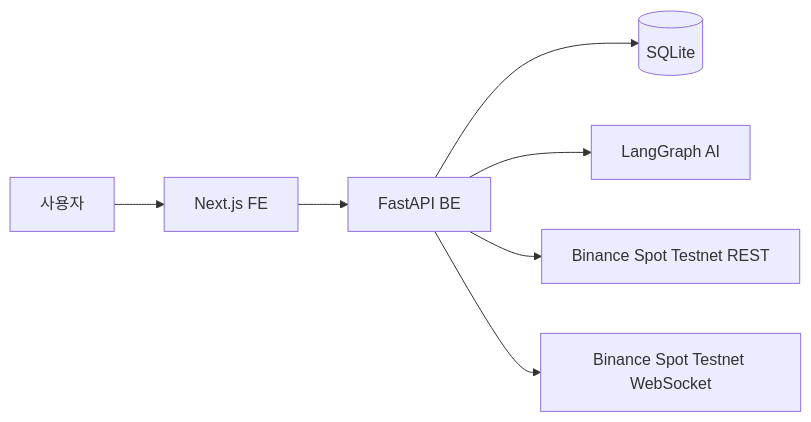
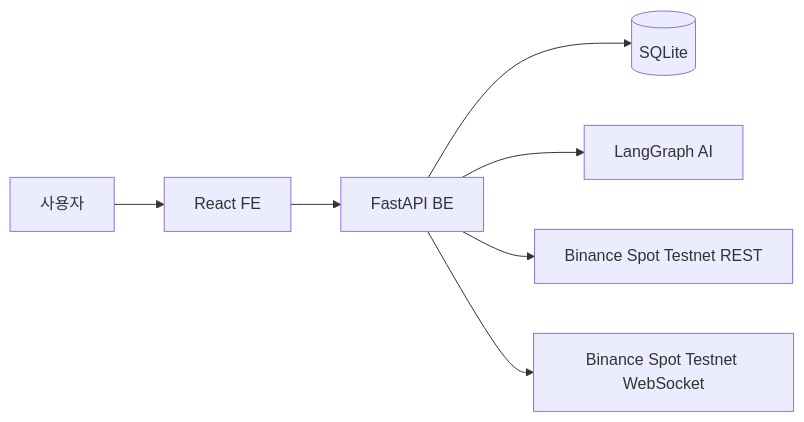
The first of 4 diagrams in ARCHITECTURE.md (UpstageAI/sw-maestro-project), drawn with Mermaid before and after one commit. The commit also changed other lines of this file and 3 other files, not shown here.

Commit message:
refactor: remove NextJS and add React

````diff
--- a/ARCHITECTURE.md
+++ b/ARCHITECTURE.md
@@ -38,9 +38,9 @@
 ```mermaid
 flowchart LR
-    USER[사용자] --> FE[Next.js FE]
+    USER[사용자] --> FE[React FE]
     FE --> BE[FastAPI BE]
     BE --> DB[(SQLite)]
     BE --> AI[LangGraph AI]
     BE --> REST[Binance Spot Testnet REST]
     BE --> WS[Binance Spot Testnet WebSocket]
 ```
````
